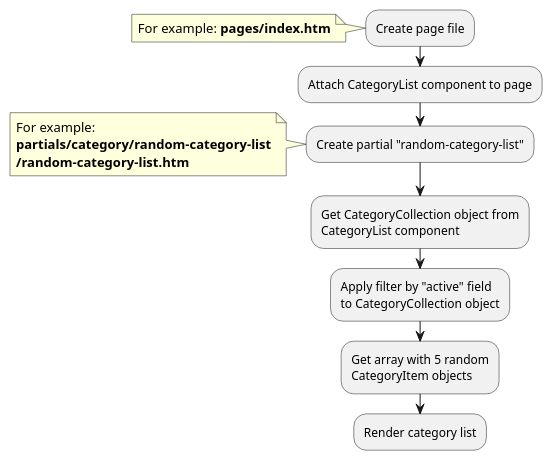
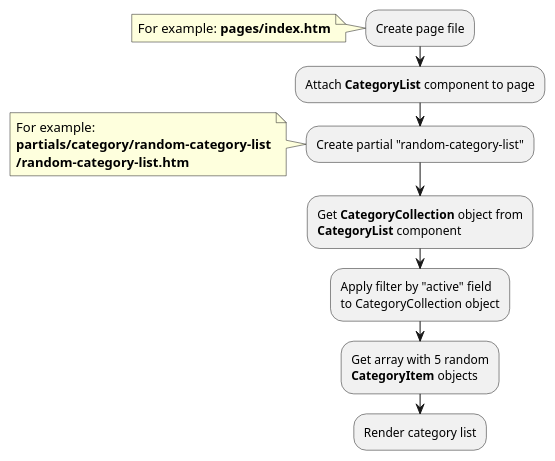
One commit to oc-shopaholic/oc-shopaholic-docs changed the third of 3 diagrams in modules/category/examples.md. Above: the diagram before and after it, drawn with PlantUML. The commit also changed other lines of this file and 4 other files, not shown here.

````diff
--- a/modules/category/examples.md
+++ b/modules/category/examples.md
@@ -103,22 +103,22 @@
 ```plantuml
 @startuml
 :Create page file;
 note left
     For example: **pages/index.htm**
 end note
-:Attach CategoryList component to page;
+:Attach **CategoryList** component to page;
 :Create partial "random-category-list";
 note left
     For example:
     **partials/category/random-category-list**
     **/random-category-list.htm**
 end note
-:Get CategoryCollection object from
-CategoryList component;
+:Get **CategoryCollection** object from
+**CategoryList** component;
 :Apply filter by "active" field
 to CategoryCollection object;
 :Get array with 5 random
-CategoryItem objects;
+**CategoryItem** objects;
 :Render category list;
 @enduml
 ```
````
